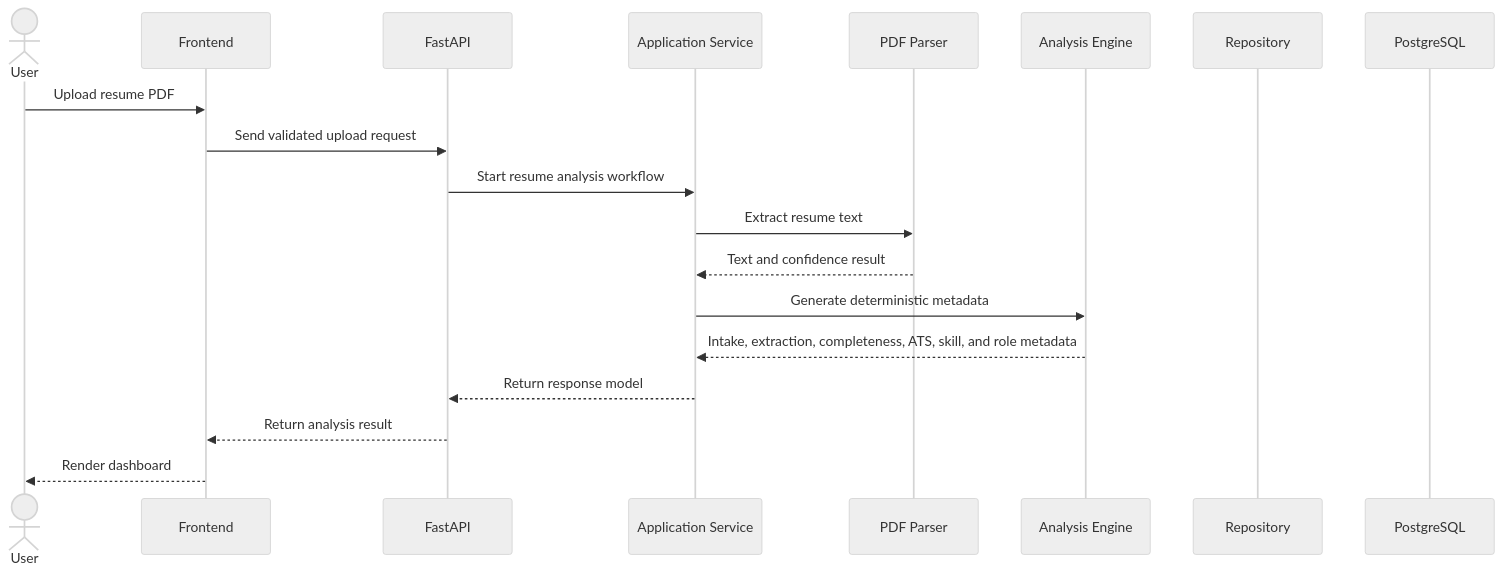
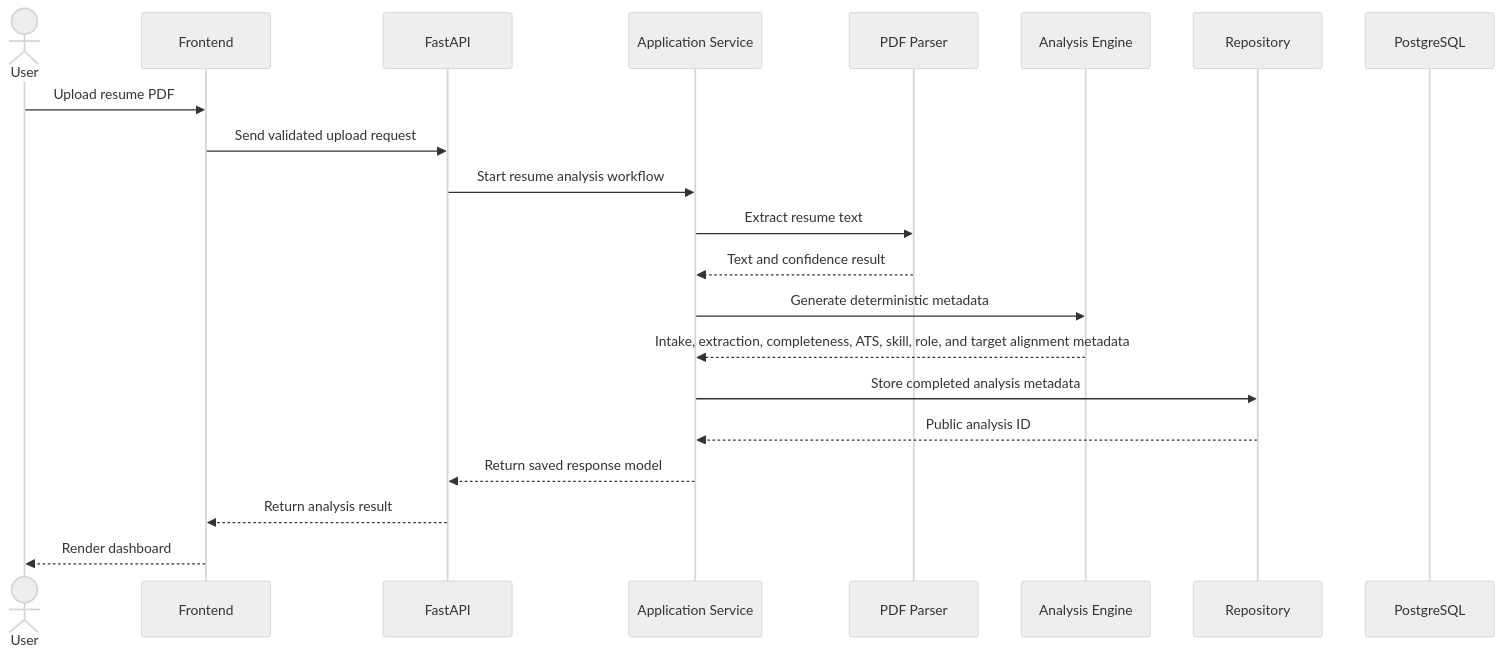
Before and after one commit to Justindwinata/CareerBoostAI: the second of 2 diagrams in docs/SYSTEM_ARCHITECTURE.md, drawn with Mermaid (neutral theme). The commit also changed other lines of this file and 20 other files, not shown here.

````diff
--- a/docs/SYSTEM_ARCHITECTURE.md
+++ b/docs/SYSTEM_ARCHITECTURE.md
@@ -75,22 +76,24 @@
 ```mermaid
 sequenceDiagram
   actor User
   participant FE as Frontend
   participant API as FastAPI
   participant App as Application Service
   participant Parser as PDF Parser
   participant Analysis as Analysis Engine
   participant Repo as Repository
   participant DB as PostgreSQL
 
   User->>FE: Upload resume PDF
   FE->>API: Send validated upload request
   API->>App: Start resume analysis workflow
   App->>Parser: Extract resume text
   Parser-->>App: Text and confidence result
   App->>Analysis: Generate deterministic metadata
-  Analysis-->>App: Intake, extraction, completeness, ATS, skill, and role metadata
-  App-->>API: Return response model
+  Analysis-->>App: Intake, extraction, completeness, ATS, skill, role, and target alignment metadata
+  App->>Repo: Store completed analysis metadata
+  Repo-->>App: Public analysis ID
+  App-->>API: Return saved response model
   API-->>FE: Return analysis result
   FE-->>User: Render dashboard
 ```
````
